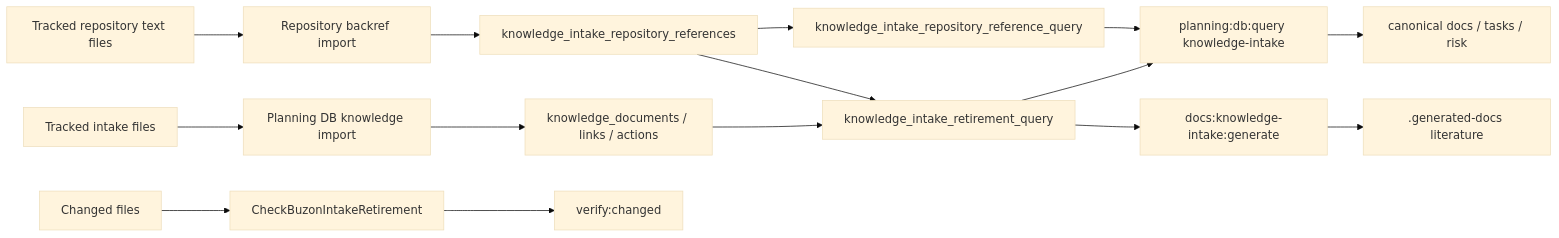
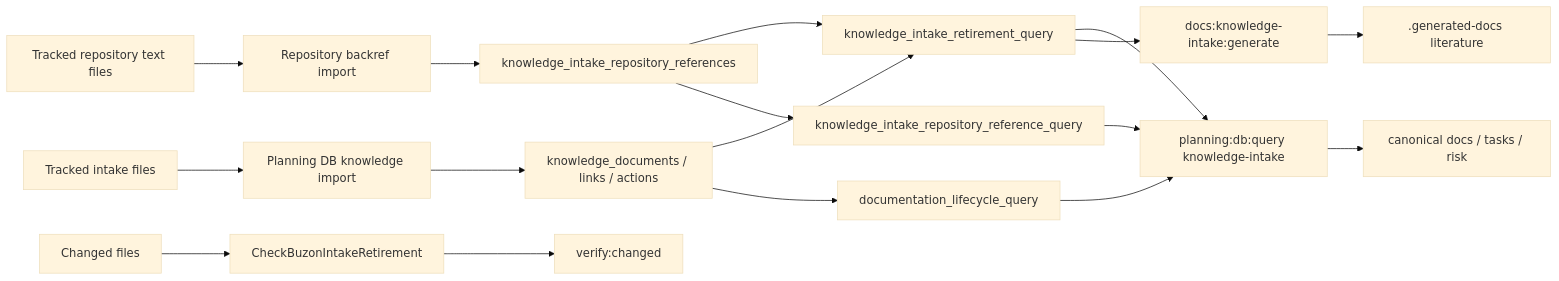
One commit to dunay2/dvt changed the diagram in docs/architecture/components/ci-governance/knowledge-intake-retirement-component.md. Above: the diagram before and after it, drawn with Mermaid (base theme). The commit also changed other lines of this file and 12 other files, not shown here.

Commit message:
feat(planner): Add DB-first documentation lifecycle query

````diff
--- a/docs/architecture/components/ci-governance/knowledge-intake-retirement-component.md
+++ b/docs/architecture/components/ci-governance/knowledge-intake-retirement-component.md
@@ -106,17 +118,19 @@
 ```mermaid
 flowchart LR
   Buzon["Tracked intake files"] --> Importer["Planning DB knowledge import"]
   Repository["Tracked repository text files"] --> BackrefImport["Repository backref import"]
   Importer --> Knowledge["knowledge_documents / links / actions"]
   BackrefImport --> Backrefs["knowledge_intake_repository_references"]
   Knowledge --> Retirement["knowledge_intake_retirement_query"]
   Backrefs --> Retirement
   Backrefs --> References["knowledge_intake_repository_reference_query"]
+  Knowledge --> Lifecycle["documentation_lifecycle_query"]
   Retirement --> Agents["planning:db:query knowledge-intake"]
   References --> Agents
+  Lifecycle --> Agents
   Retirement --> Literature["docs:knowledge-intake:generate"]
   ChangedFiles["Changed files"] --> Guard["CheckBuzonIntakeRetirement"]
   Guard --> VerifyChanged["verify:changed"]
   Agents --> CanonicalDocs["canonical docs / tasks / risk"]
   Literature --> LocalRender[".generated-docs literature"]
 ```
````
